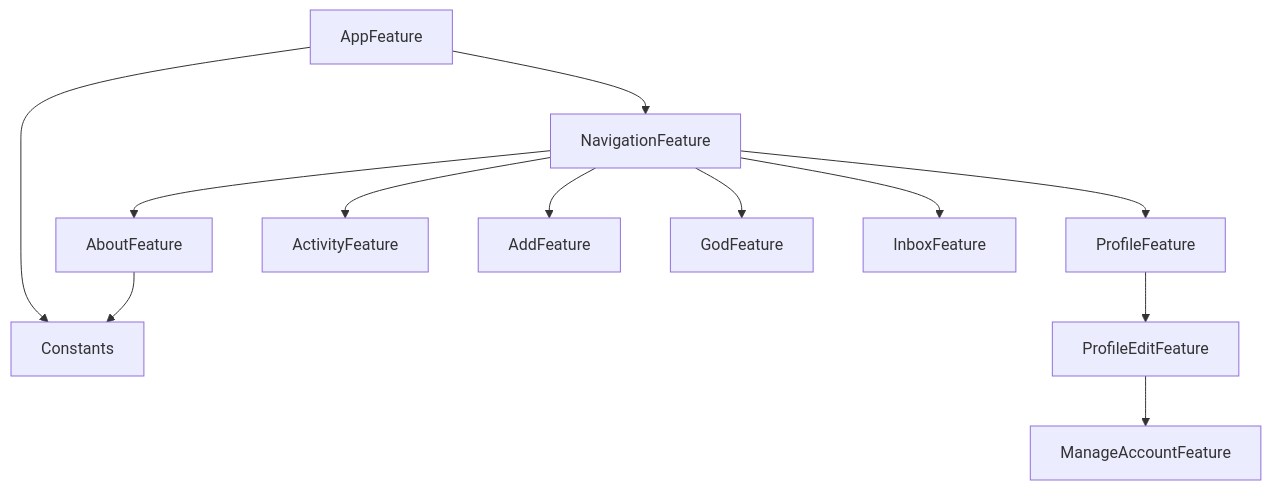
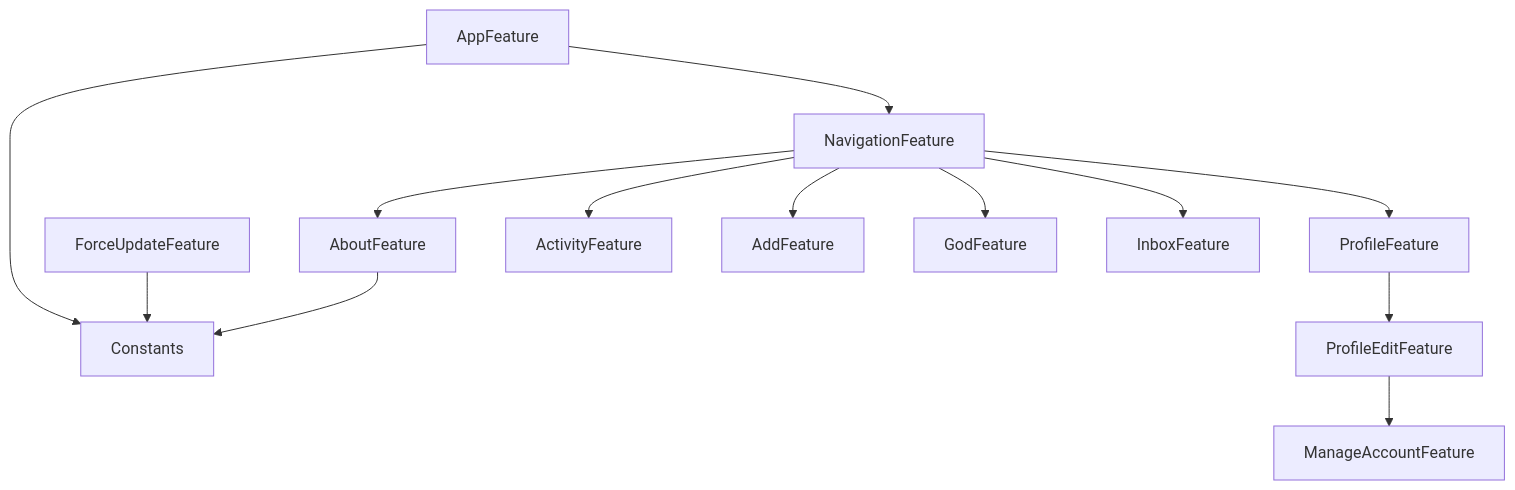
The diagram in Packages/GodPackage/README.md (0x1-company/god-ios), drawn with Mermaid before and after one commit.

Commit message:
Run dgraph

````diff
--- a/Packages/GodPackage/README.md
+++ b/Packages/GodPackage/README.md
@@ -6,14 +6,15 @@
 ```mermaid
 graph TD;
     AboutFeature-->Constants;
     AppFeature-->Constants;
     AppFeature-->NavigationFeature;
+    ForceUpdateFeature-->Constants;
     NavigationFeature-->AboutFeature;
     NavigationFeature-->ActivityFeature;
     NavigationFeature-->AddFeature;
     NavigationFeature-->GodFeature;
     NavigationFeature-->InboxFeature;
     NavigationFeature-->ProfileFeature;
     ProfileEditFeature-->ManageAccountFeature;
     ProfileFeature-->ProfileEditFeature;
 ```
````
